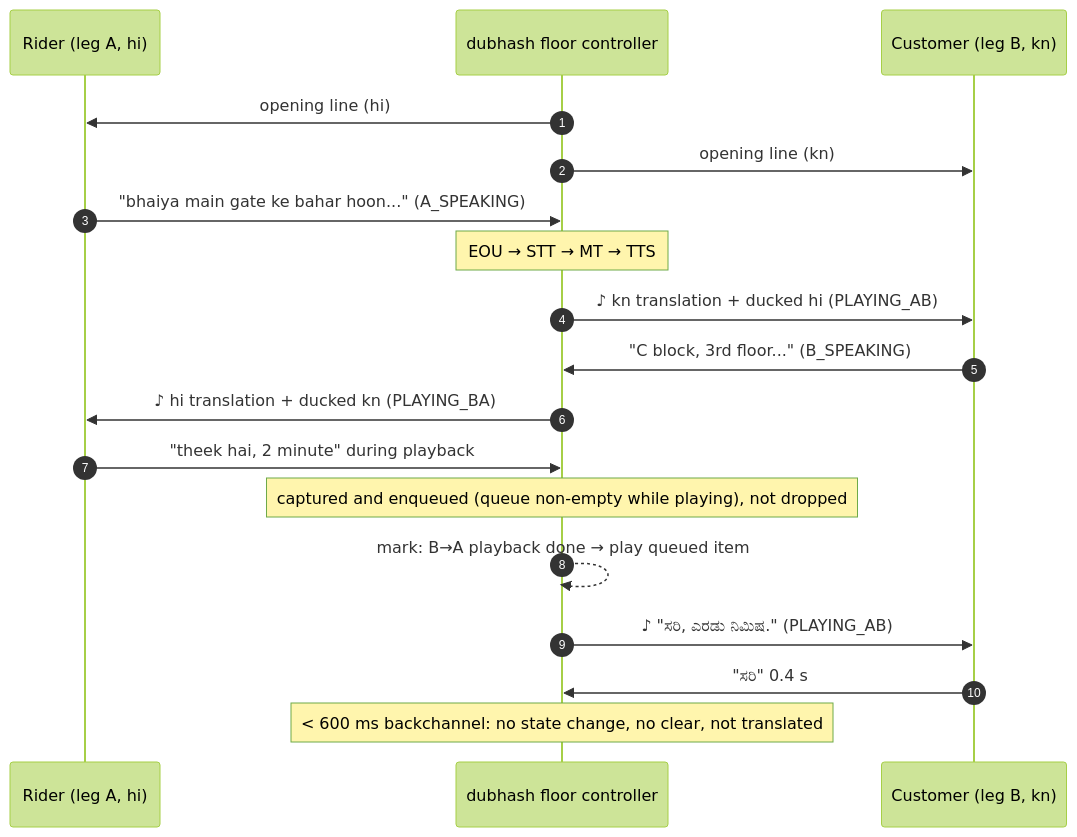
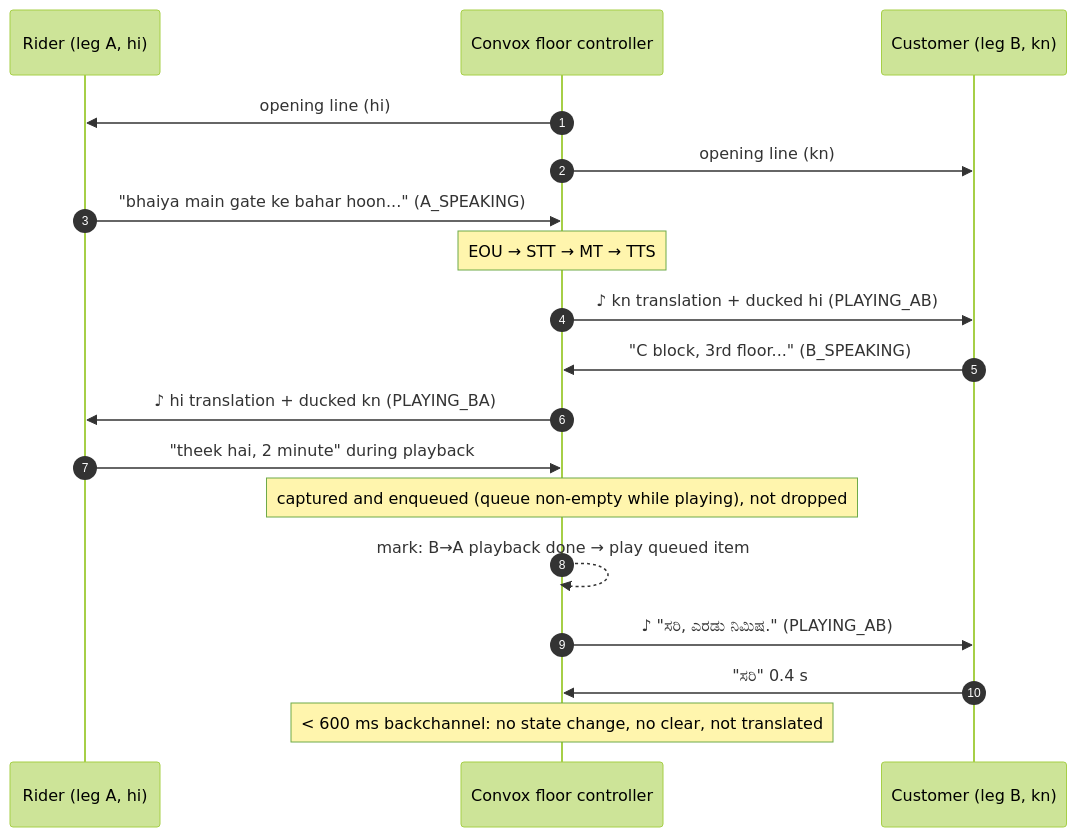
Before and after one commit to rohansx/convox: the first of 2 diagrams in docs/product/problem-and-users.md, drawn with Mermaid (forest theme). The commit also changed other lines of this file and 401 other files, not shown here.

````diff
--- a/docs/product/problem-and-users.md
+++ b/docs/product/problem-and-users.md
@@ -70,20 +70,20 @@
 ```mermaid
 sequenceDiagram
     autonumber
     participant R as Rider (leg A, hi)
-    participant F as dubhash floor controller
+    participant F as Convox floor controller
     participant C as Customer (leg B, kn)
     F->>R: opening line (hi)
     F->>C: opening line (kn)
     R->>F: "bhaiya main gate ke bahar hoon..." (A_SPEAKING)
     Note over F: EOU → STT → MT → TTS
     F->>C: ♪ kn translation + ducked hi (PLAYING_AB)
     C->>F: "C block, 3rd floor..." (B_SPEAKING)
     F->>R: ♪ hi translation + ducked kn (PLAYING_BA)
     R->>F: "theek hai, 2 minute" during playback
     Note over F: captured and enqueued (queue non-empty while playing), not dropped
     F-->>F: mark: B→A playback done → play queued item
     F->>C: ♪ "ಸರಿ, ಎರಡು ನಿಮಿಷ." (PLAYING_AB)
     C->>F: "ಸರಿ" 0.4 s
     Note over F: < 600 ms backchannel: no state change, no clear, not translated
 ```
````
